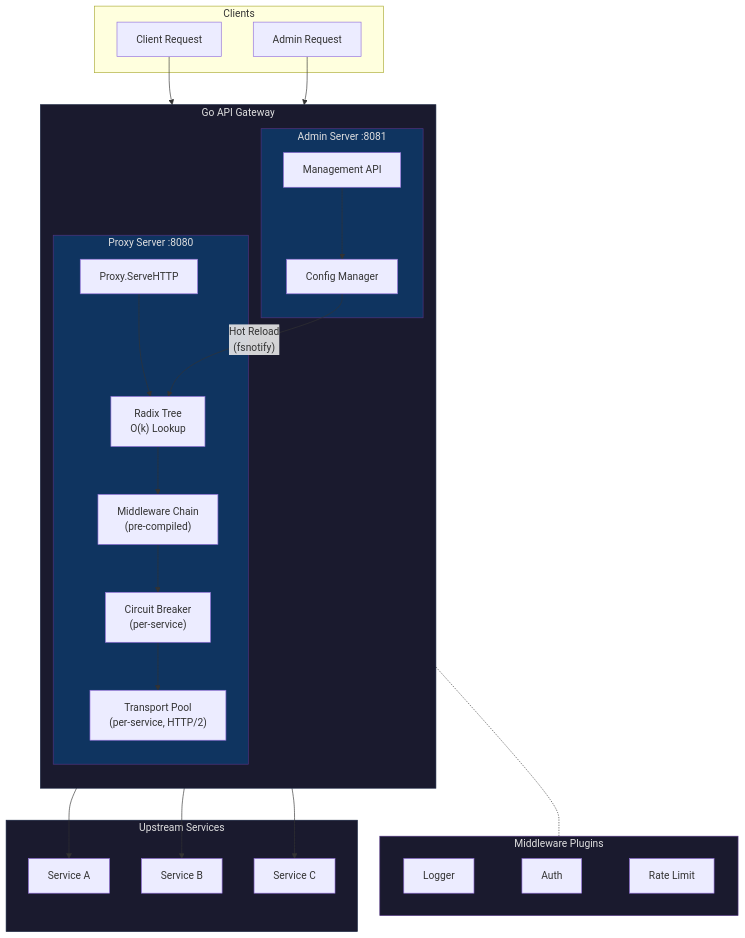
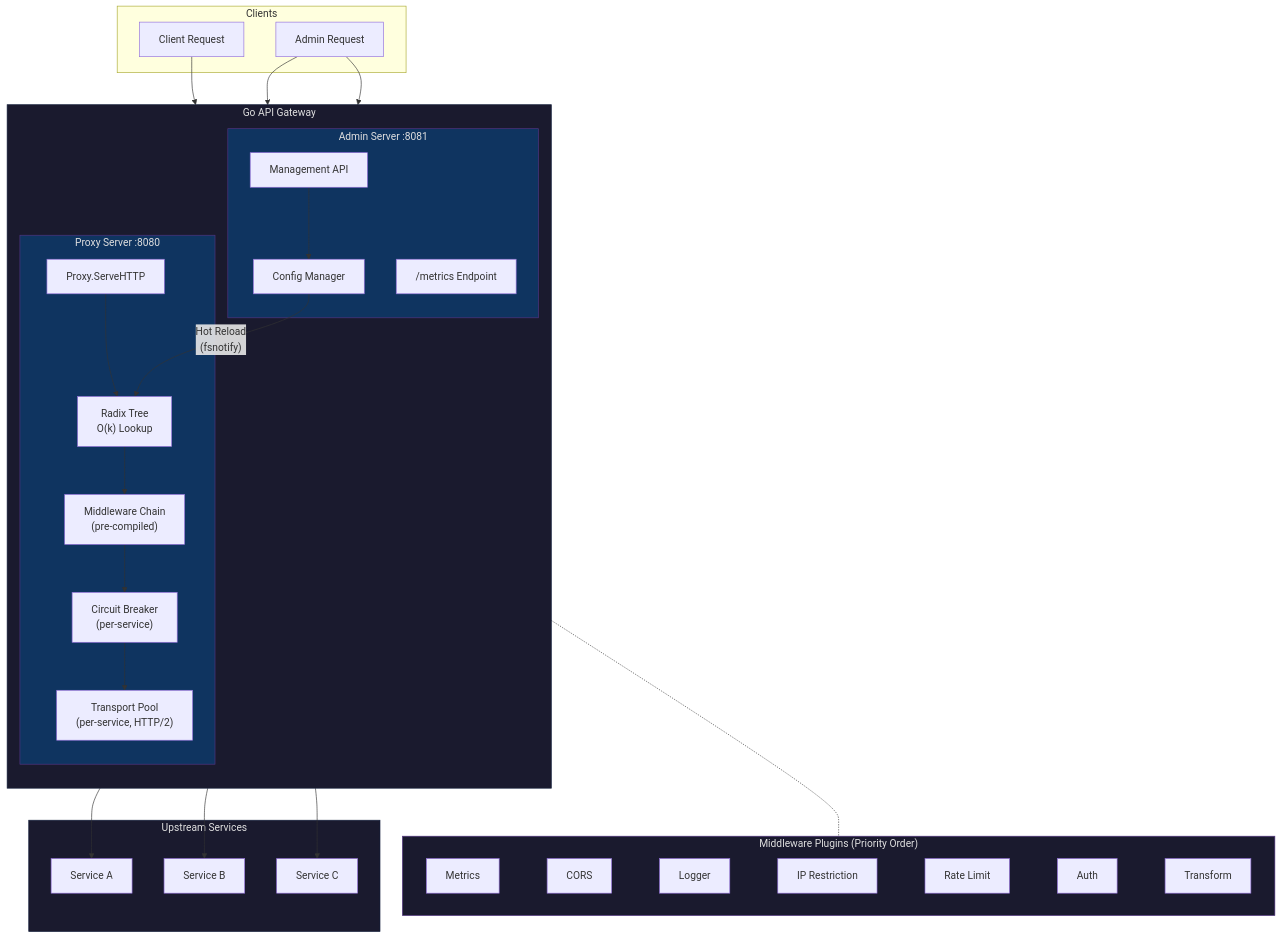
The first of 3 diagrams in Readme.md (haiser1/go-api-gateway), drawn with Mermaid before and after one commit. The commit also changed other lines of this file and 2 other files, not shown here.

First line of the commit message:
docs: update readme plugin order/structure and add feature specs

````diff
--- a/Readme.md
+++ b/Readme.md
@@ -7,46 +7,48 @@
 ```mermaid
 flowchart TB
     subgraph Clients
         C1[Client Request]
         C2[Admin Request]
     end
 
     subgraph GW["Go API Gateway"]
         direction TB
 
         subgraph Proxy["Proxy Server :8080"]
             P[Proxy.ServeHTTP] --> RT["Radix Tree\nO(k) Lookup"]
             RT --> MW["Middleware Chain\n(pre-compiled)"]
             MW --> CB["Circuit Breaker\n(per-service)"]
             CB --> TP["Transport Pool\n(per-service, HTTP/2)"]
         end
 
         subgraph Admin["Admin Server :8081"]
             MA[Management API] --> CM[Config Manager]
+            ME["/metrics Endpoint"]
         end
 
         CM -->|"Hot Reload\n(fsnotify)"| RT
     end
 
-    subgraph Plugins["Middleware Plugins"]
+    subgraph Plugins["Middleware Plugins (Priority Order)"]
         direction LR
-        L[Logger] ~~~ A[Auth] ~~~ RL[Rate Limit]
+        M[Metrics] ~~~ CO[CORS] ~~~ L[Logger] ~~~ IP[IP Restriction] ~~~ RL[Rate Limit] ~~~ A[Auth] ~~~ TR[Transform]
     end
 
     subgraph Upstreams["Upstream Services"]
         S1[Service A]
         S2[Service B]
         S3[Service C]
     end
 
     C1 --> P
     C2 --> MA
+    C2 --> ME
     MW -.- Plugins
     TP --> S1 & S2 & S3
 
     style GW fill:#1a1a2e,stroke:#16213e,color:#e0e0e0
     style Proxy fill:#0f3460,stroke:#533483,color:#e0e0e0
     style Admin fill:#0f3460,stroke:#533483,color:#e0e0e0
     style Plugins fill:#1a1a2e,stroke:#533483,color:#e0e0e0
     style Upstreams fill:#1a1a2e,stroke:#16213e,color:#e0e0e0
 ```
````
